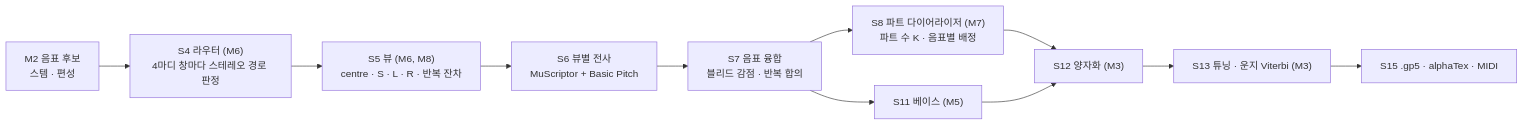
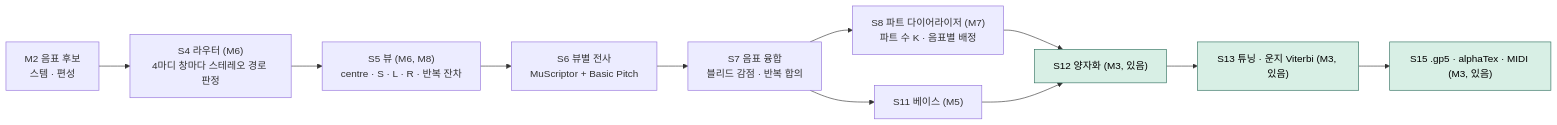
Before and after one commit to bhj2837/bandscribe: the second of 2 diagrams in README.md, drawn with Mermaid. The commit also changed other lines of this file and 3 other files, not shown here.

````diff
--- a/README.md
+++ b/README.md
@@ -121,13 +139,15 @@
 ```mermaid
 flowchart LR
     cand["M2 음표 후보<br/>스템 · 편성"] --> router["S4 라우터 (M6)<br/>4마디 창마다 스테레오 경로 판정"]
     router --> views["S5 뷰 (M6, M8)<br/>centre · S · L · R · 반복 잔차"]
     views --> tx["S6 뷰별 전사<br/>MuScriptor + Basic Pitch"]
     tx --> fuse["S7 음표 융합<br/>블리드 감점 · 반복 합의"]
     fuse --> diar["S8 파트 다이어라이저 (M7)<br/>파트 수 K · 음표별 배정"]
     fuse --> bass["S11 베이스 (M5)"]
-    diar --> quant["S12 양자화 (M3)"]
+    diar --> quant["S12 양자화 (M3, 있음)"]
     bass --> quant
-    quant --> fret["S13 튜닝 · 운지 Viterbi (M3)"]
-    fret --> export["S15 .gp5 · alphaTex · MIDI"]
+    quant --> fret["S13 튜닝 · 운지 Viterbi (M3, 있음)"]
+    fret --> export["S15 .gp5 · alphaTex · MIDI (M3, 있음)"]
+    classDef m3 fill:#d8efe5,stroke:#2f6f5e,color:#000
+    class quant,fret,export m3
 ```
````
